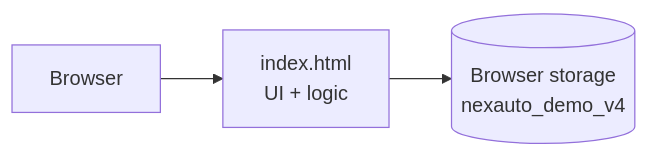
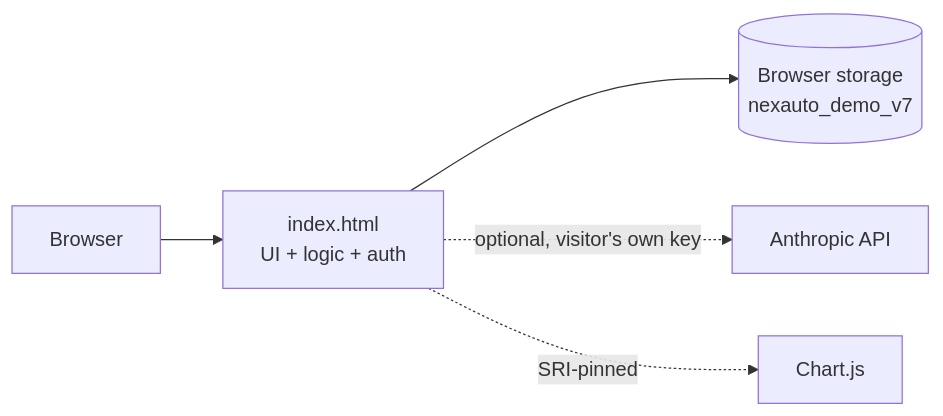
Before and after one commit to YapSeng98/NEXAUTO: the first of 2 diagrams in docs/ARCHITECTURE.md, drawn with Mermaid. The commit also changed other lines of this file and 10 other files, not shown here.

````diff
--- a/docs/ARCHITECTURE.md
+++ b/docs/ARCHITECTURE.md
@@ -5,5 +5,7 @@
 ```mermaid
 flowchart LR
-  U["Browser"] --> APP["index.html<br/>UI + logic"]
-  APP --> LS[("Browser storage<br/>nexauto_demo_v4")]
+  U["Browser"] --> APP["index.html<br/>UI + logic + auth"]
+  APP --> LS[("Browser storage<br/>nexauto_demo_v7")]
+  APP -. "optional, visitor's own key" .-> AI["Anthropic API"]
+  APP -. "SRI-pinned" .-> CDN["Chart.js"]
 ```
````
